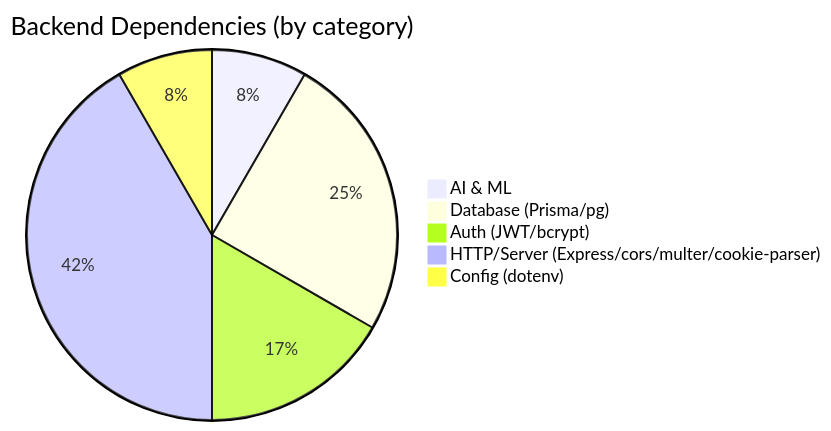
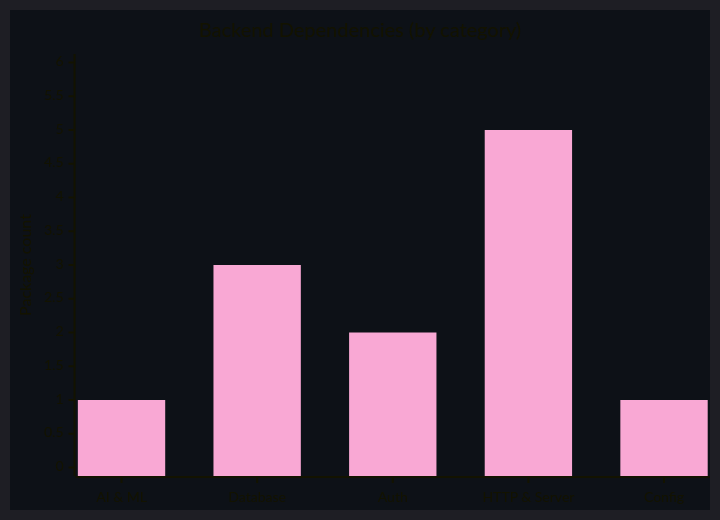
One commit to boxbiswas/AI_CODE_REVIEW_ASSISTANT changed the fifth of 6 diagrams in README.md. Above: the diagram before and after it, drawn with Mermaid. The commit also changed other lines of this file, not shown here.

Commit message:
fix: resolve mermaid parse errors and replace pie charts with xychart-beta bar charts

````diff
--- a/README.md
+++ b/README.md
@@ -228,8 +228,8 @@
 ```mermaid
-pie title Backend Dependencies (by category)
-  "AI & ML" : 1
-  "Database (Prisma/pg)" : 3
-  "Auth (JWT/bcrypt)" : 2
-  "HTTP/Server (Express/cors/multer/cookie-parser)" : 5
-  "Config (dotenv)" : 1
+%%{init: {'theme': 'dark', 'themeVariables': {'xyChart': {'backgroundColor': '#0d1117', 'plotColorPalette': '#f9a8d4,#f472b6,#e879f9,#a855f7,#6366f1'}}}}%%
+xychart-beta
+    title "Backend Dependencies (by category)"
+    x-axis ["AI & ML", "Database", "Auth", "HTTP & Server", "Config"]
+    y-axis "Package count" 0 --> 6
+    bar [1, 3, 2, 5, 1]
 ```
````
